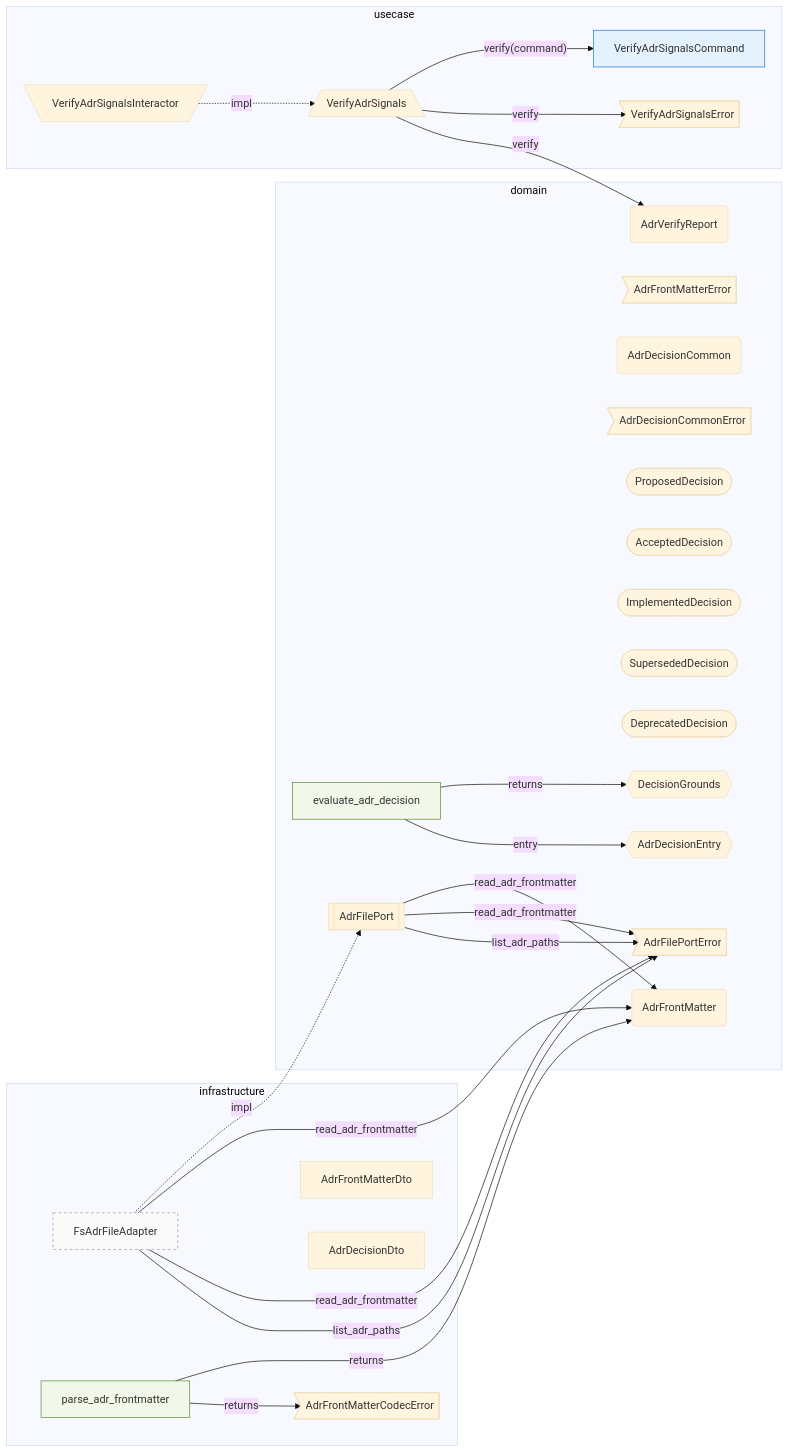
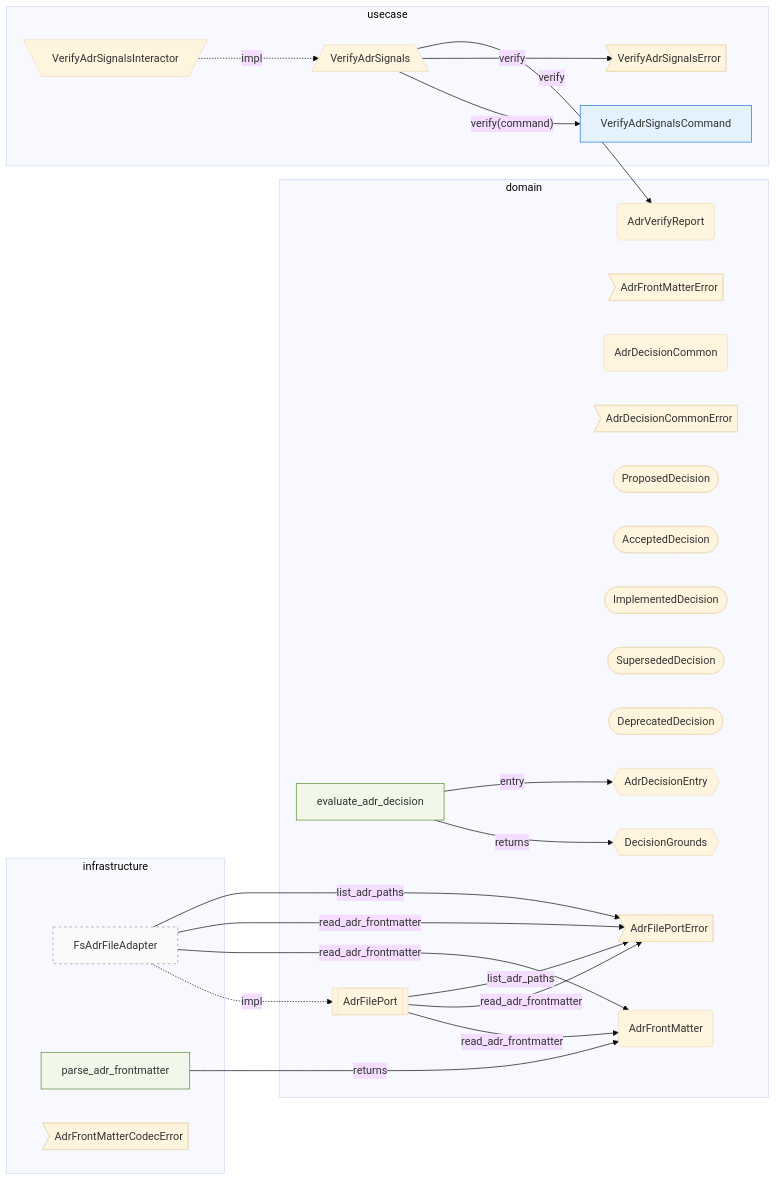
The diagram in track/items/adr-decision-traceability-lifecycle-2026-04-27/contract-map.md (Flip451/SoTOHE-core), drawn with Mermaid (base theme) before and after one commit. The commit also changed 14 other files, not shown here.

````diff
--- a/track/items/adr-decision-traceability-lifecycle-2026-04-27/contract-map.md
+++ b/track/items/adr-decision-traceability-lifecycle-2026-04-27/contract-map.md
@@ -1,53 +1,50 @@
 ```mermaid
 flowchart LR
     classDef secondary_adapter fill:#fafafa,stroke:#999,stroke-dasharray: 4 4
     classDef command fill:#e3f2fd,stroke:#1976d2
     classDef query fill:#f3e5f5,stroke:#8e24aa
     classDef factory fill:#fff8e1,stroke:#f9a825
     classDef free_function fill:#f1f8e9,stroke:#558b2f
     subgraph domain [domain]
         L6_domain_AdrFrontMatter(AdrFrontMatter)
         L6_domain_AdrFrontMatterError>AdrFrontMatterError]
         L6_domain_AdrDecisionCommon(AdrDecisionCommon)
         L6_domain_AdrDecisionCommonError>AdrDecisionCommonError]
         L6_domain_ProposedDecision([ProposedDecision])
         L6_domain_AcceptedDecision([AcceptedDecision])
         L6_domain_ImplementedDecision([ImplementedDecision])
         L6_domain_SupersededDecision([SupersededDecision])
         L6_domain_DeprecatedDecision([DeprecatedDecision])
         L6_domain_AdrDecisionEntry{{AdrDecisionEntry}}
         L6_domain_DecisionGrounds{{DecisionGrounds}}
         L6_domain_evaluate__adr__decision[evaluate_adr_decision]:::free_function
         L6_domain_AdrVerifyReport(AdrVerifyReport)
         L6_domain_AdrFilePortError>AdrFilePortError]
         L6_domain_AdrFilePort[[AdrFilePort]]
     end
     subgraph usecase [usecase]
         L7_usecase_VerifyAdrSignals[/VerifyAdrSignals\]
         L7_usecase_VerifyAdrSignalsCommand[VerifyAdrSignalsCommand]:::command
         L7_usecase_VerifyAdrSignalsInteractor[\VerifyAdrSignalsInteractor/]
         L7_usecase_VerifyAdrSignalsError>VerifyAdrSignalsError]
     end
     subgraph infrastructure [infrastructure]
         L14_infrastructure_FsAdrFileAdapter[FsAdrFileAdapter]:::secondary_adapter
         L14_infrastructure_parse__adr__frontmatter[parse_adr_frontmatter]:::free_function
         L14_infrastructure_AdrFrontMatterCodecError>AdrFrontMatterCodecError]
-        L14_infrastructure_AdrFrontMatterDto[AdrFrontMatterDto]
-        L14_infrastructure_AdrDecisionDto[AdrDecisionDto]
     end
     L14_infrastructure_FsAdrFileAdapter -->|"list_adr_paths"| L6_domain_AdrFilePortError
     L14_infrastructure_FsAdrFileAdapter -->|"read_adr_frontmatter"| L6_domain_AdrFilePortError
     L14_infrastructure_FsAdrFileAdapter -->|"read_adr_frontmatter"| L6_domain_AdrFrontMatter
     L14_infrastructure_FsAdrFileAdapter -.impl.-> L6_domain_AdrFilePort
-    L14_infrastructure_parse__adr__frontmatter -->|"returns"| L14_infrastructure_AdrFrontMatterCodecError
     L14_infrastructure_parse__adr__frontmatter -->|"returns"| L6_domain_AdrFrontMatter
     L6_domain_AdrFilePort -->|"list_adr_paths"| L6_domain_AdrFilePortError
     L6_domain_AdrFilePort -->|"read_adr_frontmatter"| L6_domain_AdrFilePortError
     L6_domain_AdrFilePort -->|"read_adr_frontmatter"| L6_domain_AdrFrontMatter
     L6_domain_evaluate__adr__decision -->|"entry"| L6_domain_AdrDecisionEntry
     L6_domain_evaluate__adr__decision -->|"returns"| L6_domain_DecisionGrounds
     L7_usecase_VerifyAdrSignals -->|"verify"| L6_domain_AdrVerifyReport
     L7_usecase_VerifyAdrSignals -->|"verify"| L7_usecase_VerifyAdrSignalsError
     L7_usecase_VerifyAdrSignals -->|"verify(command)"| L7_usecase_VerifyAdrSignalsCommand
     L7_usecase_VerifyAdrSignalsInteractor -.impl.-> L7_usecase_VerifyAdrSignals
 ```
````
